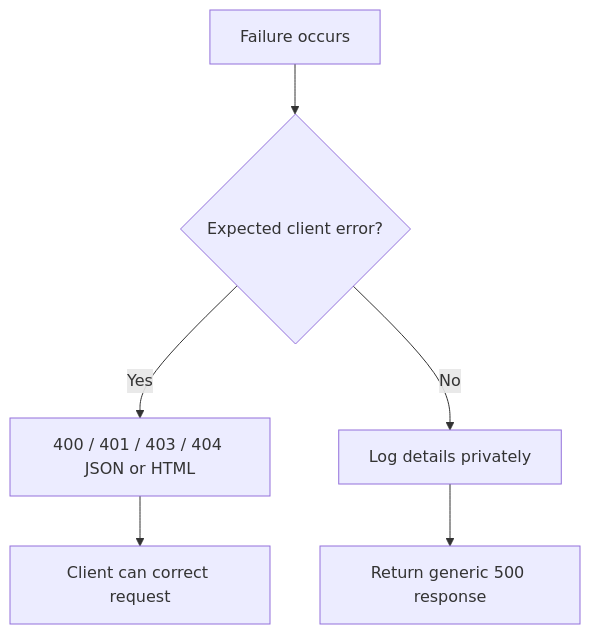
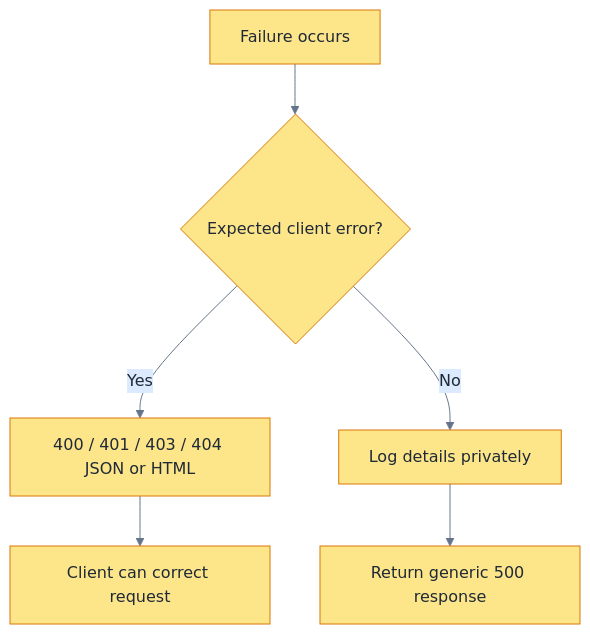
Before and after one commit to tokunwarsingh/kbstechnocraft_learning_flask: the tenth of 13 diagrams in README.md, drawn with Mermaid. The commit also changed other lines of this file, not shown here.

````diff
--- a/README.md
+++ b/README.md
@@ -1443,8 +1496,9 @@
 ```mermaid
+%%{init: {"theme":"base","themeVariables":{"primaryColor":"#FDE68A","primaryTextColor":"#1F2937","primaryBorderColor":"#D97706","lineColor":"#64748B","secondaryColor":"#DBEAFE","tertiaryColor":"#DCFCE7","fontFamily":"Georgia"}}}%%
 flowchart TD
     A[Failure occurs] --> B{Expected client error?}
     B -->|Yes| C[400 / 401 / 403 / 404 JSON or HTML]
     B -->|No| D[Log details privately]
     D --> E[Return generic 500 response]
     C --> F[Client can correct request]
 ```
````
